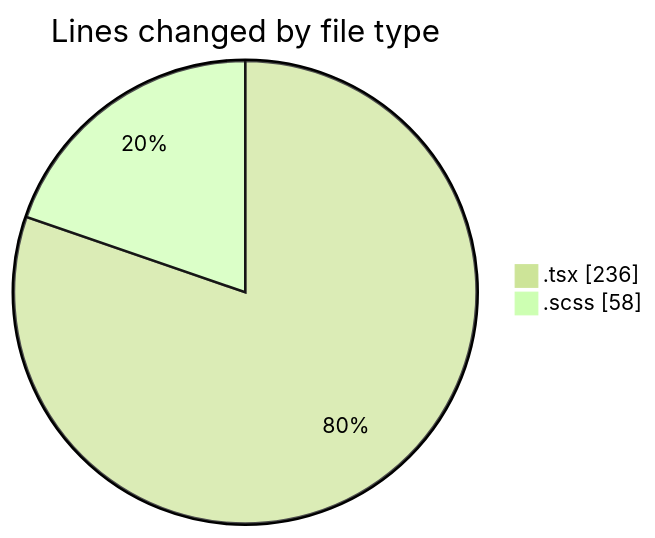
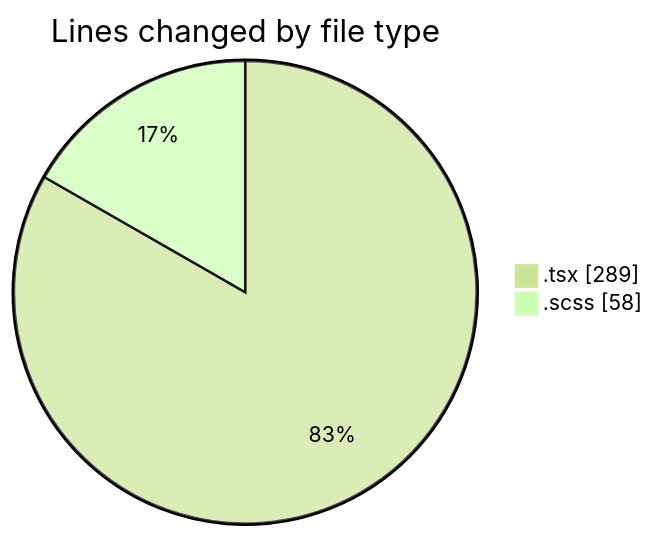
Before and after one commit to momahboobian/code-tracking: the first of 2 diagrams in 2026-10-05/cda/README.md, drawn with Mermaid (forest theme). The commit also changed other lines of this file and 1 other file, not shown here.

````diff
--- a/2026-10-05/cda/README.md
+++ b/2026-10-05/cda/README.md
@@ -21,6 +22,6 @@
 ```mermaid
 pie showData
 title Lines changed by file type
-".tsx" : 236
+".tsx" : 289
 ".scss" : 58
 ```
````
